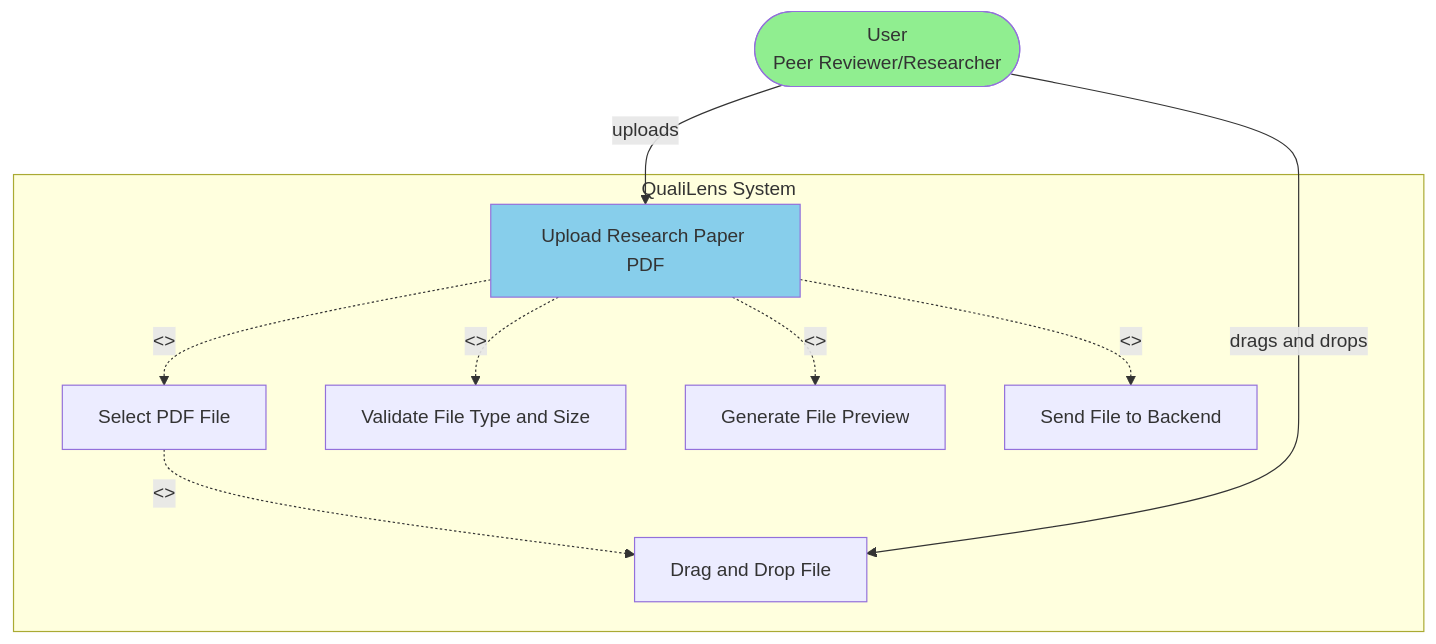
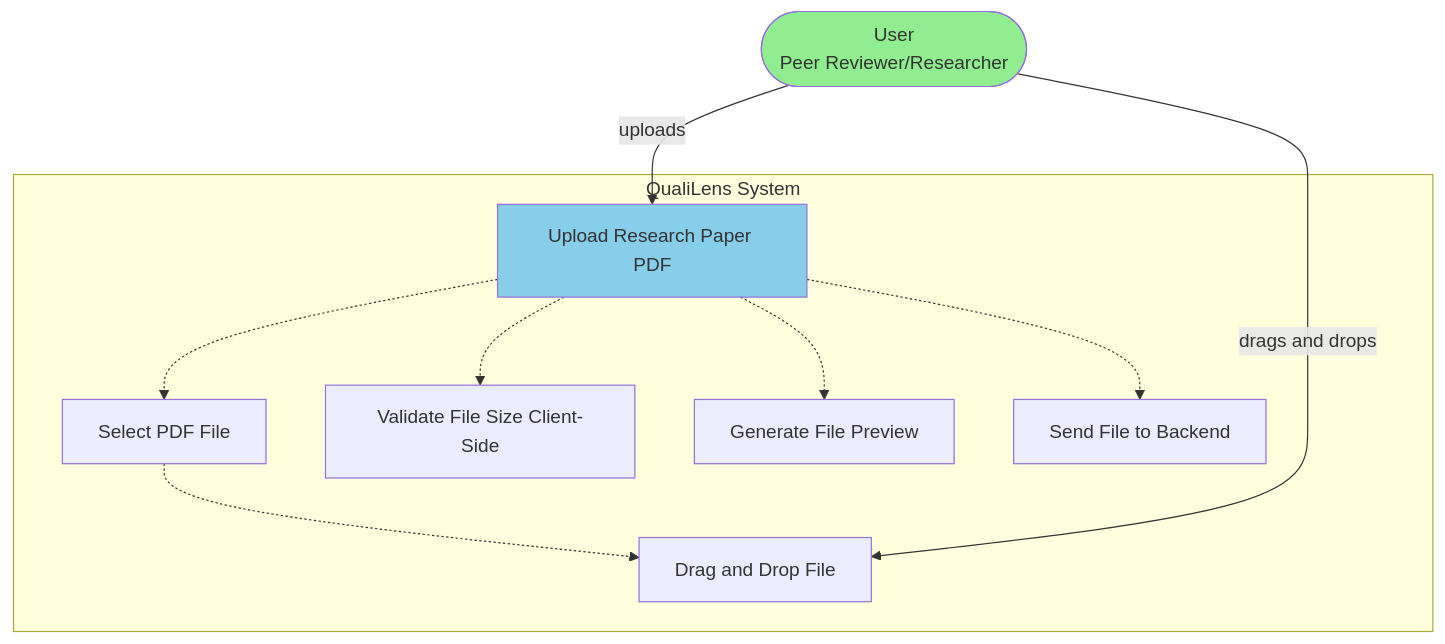
Before and after one commit to giuliobarde/QualiLens: the first of 12 diagrams in docs/architecture/4_USE_CASE_DIAGRAM.md, drawn with Mermaid. The commit also changed other lines of this file and 5 other files, not shown here.

Commit message:
updated diagrams and requirements

````diff
--- a/docs/architecture/4_USE_CASE_DIAGRAM.md
+++ b/docs/architecture/4_USE_CASE_DIAGRAM.md
@@ -3,25 +3,25 @@
 ```mermaid
 graph TD
     User([User<br/>Peer Reviewer/Researcher])
     
     subgraph "QualiLens System"
         UC01[Upload Research Paper PDF]
         UC01a[Select PDF File]
-        UC01b[Validate File Type and Size]
+        UC01b[Validate File Size Client-Side]
         UC01c[Generate File Preview]
         UC01d[Send File to Backend]
         UC01e[Drag and Drop File]
         
-        UC01 -.->|<<include>>| UC01a
-        UC01 -.->|<<include>>| UC01b
-        UC01 -.->|<<include>>| UC01c
-        UC01 -.->|<<include>>| UC01d
-        UC01a -.->|<<include>>| UC01e
+        UC01 -.-> UC01a
+        UC01 -.-> UC01b
+        UC01 -.-> UC01c
+        UC01 -.-> UC01d
+        UC01a -.-> UC01e
     end
     
     User -->|uploads| UC01
     User -->|drags and drops| UC01e
     
     style User fill:#90EE90
     style UC01 fill:#87CEEB
 ```
````
